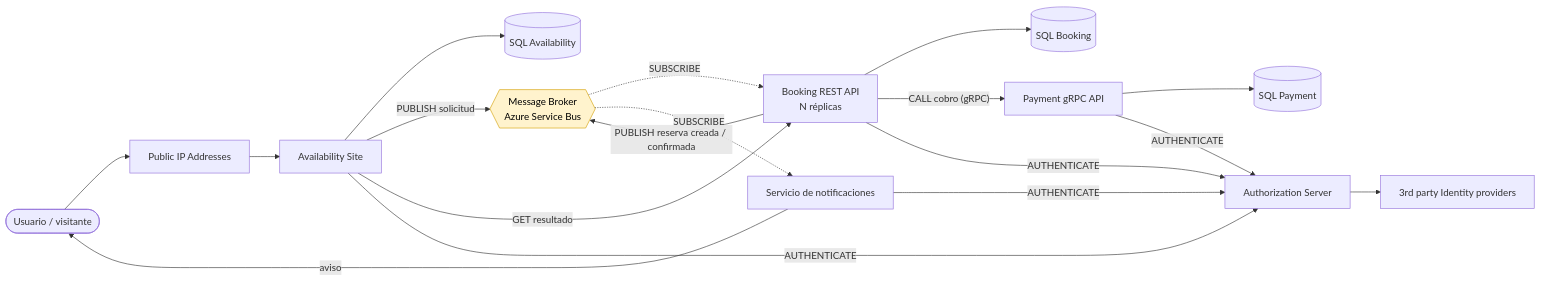
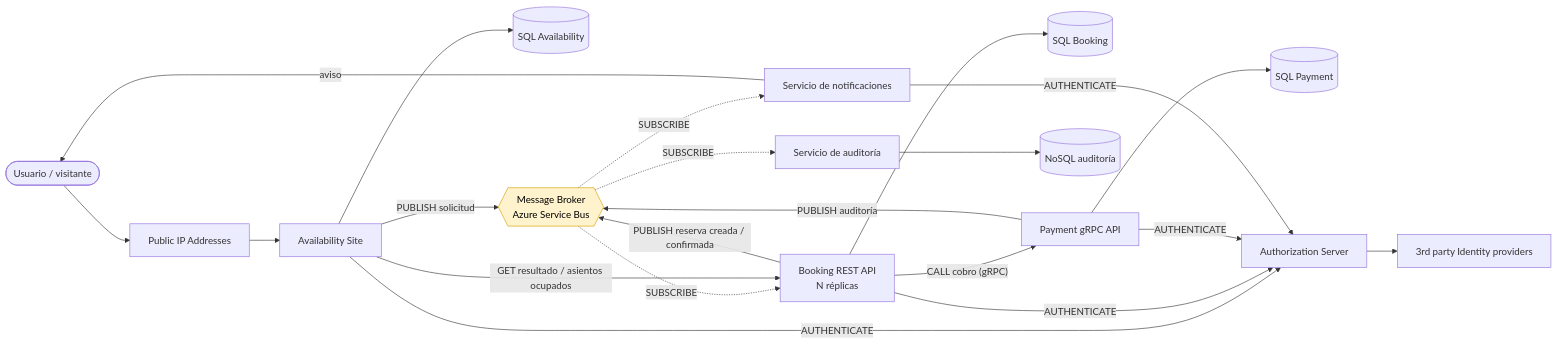
Before and after one commit to mhuyema/tpProgra4_: the first of 7 diagrams in README.md, drawn with Mermaid. The commit also changed other lines of this file and 1 other file, not shown here.

First line of the commit message:
README: diagramas y secciones de Auth y auditoría, puertos y cómo ejecutarlo

````diff
--- a/README.md
+++ b/README.md
@@ -32,36 +27,41 @@
 ```mermaid
 flowchart LR
     U([Usuario / visitante])
     IP[Public IP Addresses]
     AV[Availability Site]
     AVDB[(SQL Availability)]
     MB{{Message Broker<br/>Azure Service Bus}}
     BK[Booking REST API<br/>N réplicas]
     BKDB[(SQL Booking)]
     PY[Payment gRPC API]
     PYDB[(SQL Payment)]
     AS[Authorization Server]
     IDP[3rd party Identity providers]
     NT[Servicio de notificaciones]
+    AL[Servicio de auditoría]
+    ALDB[(NoSQL auditoría)]
 
     U --> IP --> AV
     AV --> AVDB
     AV -- "PUBLISH solicitud" --> MB
     MB -. "SUBSCRIBE" .-> BK
-    AV -- "GET resultado" --> BK
+    AV -- "GET resultado / asientos ocupados" --> BK
     BK --> BKDB
     BK -- "CALL cobro (gRPC)" --> PY
     PY --> PYDB
     BK -- "PUBLISH reserva creada / confirmada" --> MB
     MB -. "SUBSCRIBE" .-> NT
     NT -- "aviso" --> U
+    PY -- "PUBLISH auditoría" --> MB
+    MB -. "SUBSCRIBE" .-> AL
+    AL --> ALDB
 
     AV -- AUTHENTICATE --> AS
     BK -- AUTHENTICATE --> AS
     PY -- AUTHENTICATE --> AS
     NT -- AUTHENTICATE --> AS
     AS --> IDP
 
     classDef ec fill:#fff3cd,stroke:#d39e00,color:#000
     class MB ec
 ```
````
